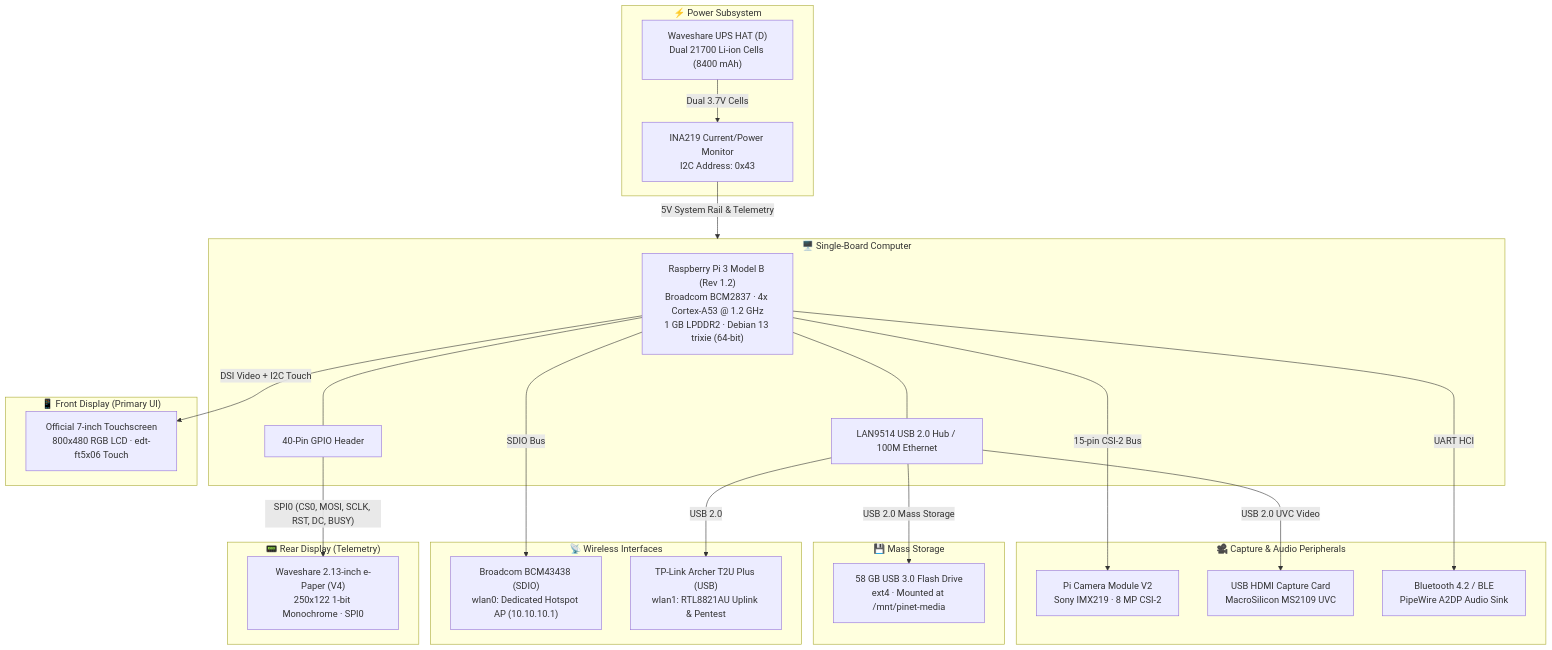
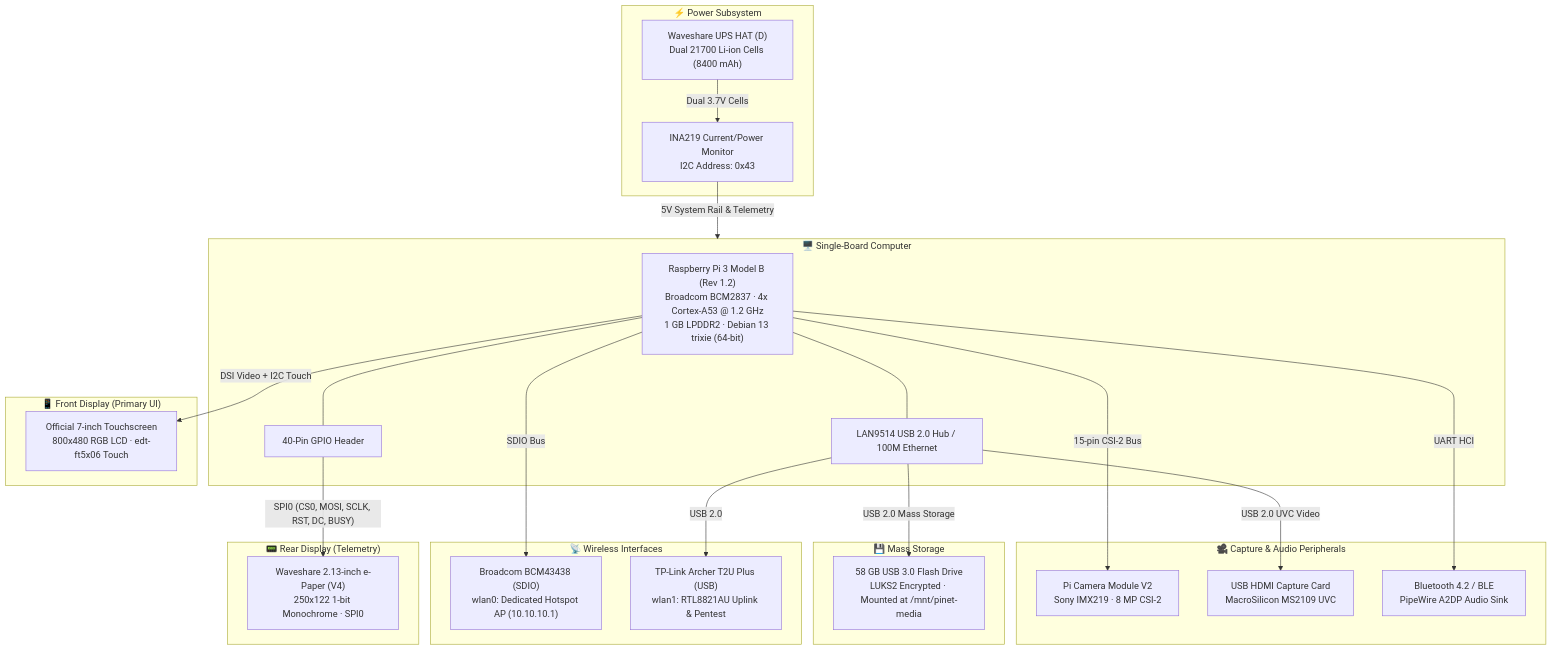
Before and after one commit to rupal2k/pinet: the first of 3 diagrams in README.md, drawn with Mermaid. The commit also changed other lines of this file and 1 other file, not shown here.

Commit message:
docs(readme): document LUKS2 USB storage encryption and seamless boot sequence

````diff
--- a/README.md
+++ b/README.md
@@ -92,49 +93,49 @@
 ```mermaid
 flowchart TD
     subgraph Power["⚡ Power Subsystem"]
         UPS["Waveshare UPS HAT (D)<br/>Dual 21700 Li-ion Cells (8400 mAh)"]
         INA["INA219 Current/Power Monitor<br/>I2C Address: 0x43"]
         UPS -->|"Dual 3.7V Cells"| INA
     end
 
     subgraph SBC["🖥️ Single-Board Computer"]
         SOC["Raspberry Pi 3 Model B (Rev 1.2)<br/>Broadcom BCM2837 · 4x Cortex-A53 @ 1.2 GHz<br/>1 GB LPDDR2 · Debian 13 trixie (64-bit)"]
         GPIO["40-Pin GPIO Header"]
         USB_HUB["LAN9514 USB 2.0 Hub / 100M Ethernet"]
         SOC --- GPIO
         SOC --- USB_HUB
     end
 
     subgraph Front["📱 Front Display (Primary UI)"]
         DSI["Official 7-inch Touchscreen<br/>800x480 RGB LCD · edt-ft5x06 Touch"]
     end
 
     subgraph Rear["📟 Rear Display (Telemetry)"]
         EPD["Waveshare 2.13-inch e-Paper (V4)<br/>250x122 1-bit Monochrome · SPI0"]
     end
 
     subgraph Wireless["📡 Wireless Interfaces"]
         WLAN0["Broadcom BCM43438 (SDIO)<br/>wlan0: Dedicated Hotspot AP (10.10.10.1)"]
         WLAN1["TP-Link Archer T2U Plus (USB)<br/>wlan1: RTL8821AU Uplink & Pentest"]
     end
 
     subgraph Media["🎥 Capture & Audio Peripherals"]
         CAM["Pi Camera Module V2<br/>Sony IMX219 · 8 MP CSI-2"]
         UVC["USB HDMI Capture Card<br/>MacroSilicon MS2109 UVC"]
         BT["Bluetooth 4.2 / BLE<br/>PipeWire A2DP Audio Sink"]
     end
 
     subgraph Storage["💾 Mass Storage"]
-        DISK["58 GB USB 3.0 Flash Drive<br/>ext4 · Mounted at /mnt/pinet-media"]
+        DISK["58 GB USB 3.0 Flash Drive<br/>LUKS2 Encrypted · Mounted at /mnt/pinet-media"]
     end
 
     INA -->|"5V System Rail & Telemetry"| SBC
     SOC -->|"DSI Video + I2C Touch"| DSI
     GPIO -->|"SPI0 (CS0, MOSI, SCLK, RST, DC, BUSY)"| EPD
     SOC -->|"SDIO Bus"| WLAN0
     USB_HUB -->|"USB 2.0"| WLAN1
     SOC -->|"15-pin CSI-2 Bus"| CAM
     USB_HUB -->|"USB 2.0 UVC Video"| UVC
     SOC -->|"UART HCI"| BT
     USB_HUB -->|"USB 2.0 Mass Storage"| DISK
 ```
````
